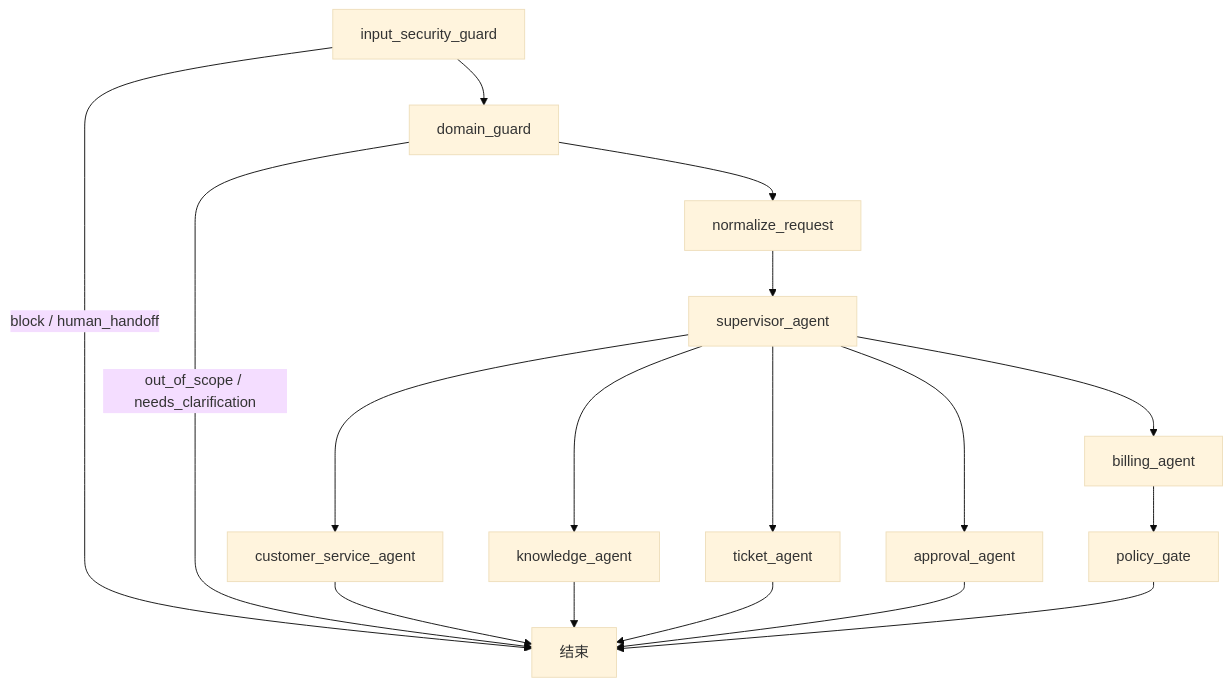
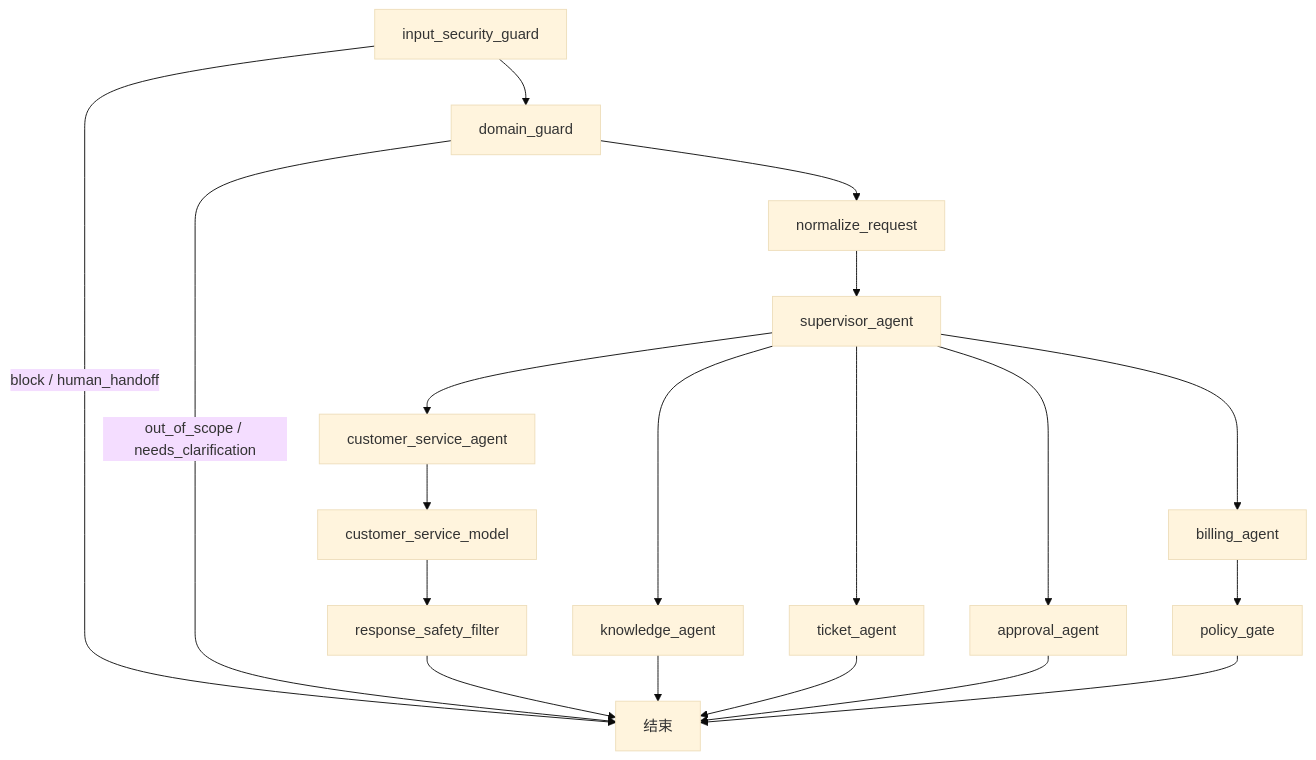
The diagram in docs/architecture/多智能体LangGraph工作流.md (duchangyi666/ecop-agent-platform), drawn with Mermaid (base theme) before and after one commit. The commit also changed other lines of this file and 7 other files, not shown here.

Commit message:
feat: connect structured model response to customer agent

````diff
--- a/docs/architecture/多智能体LangGraph工作流.md
+++ b/docs/architecture/多智能体LangGraph工作流.md
@@ -9,19 +9,21 @@
 ```mermaid
 flowchart TD
     S[input_security_guard] --> DG[domain_guard]
     DG --> A[normalize_request]
     S -->|block / human_handoff| Z[结束]
     DG -->|out_of_scope / needs_clarification| Z
     A --> B[supervisor_agent]
     B --> C[customer_service_agent]
     B --> D[knowledge_agent]
     B --> E[billing_agent]
     B --> F[ticket_agent]
     B --> G[approval_agent]
+    C --> C1[customer_service_model]
+    C1 --> C2[response_safety_filter]
+    C2 --> Z
     E --> H[policy_gate]
-    C --> Z[结束]
     D --> Z
     F --> Z
     G --> Z
     H --> Z
 ```
````
